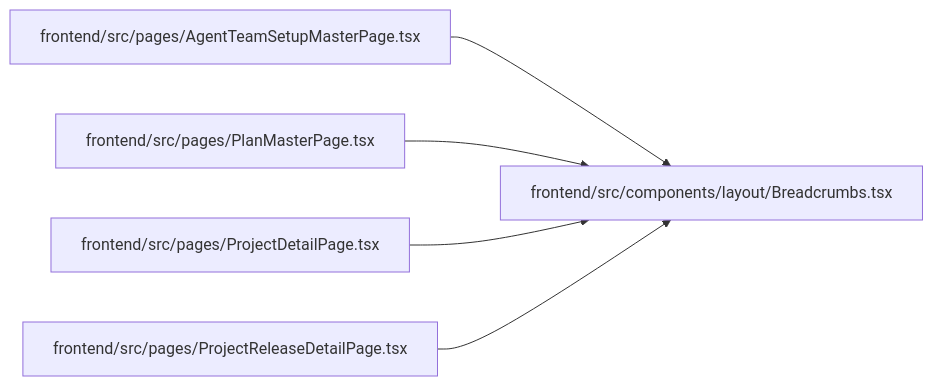
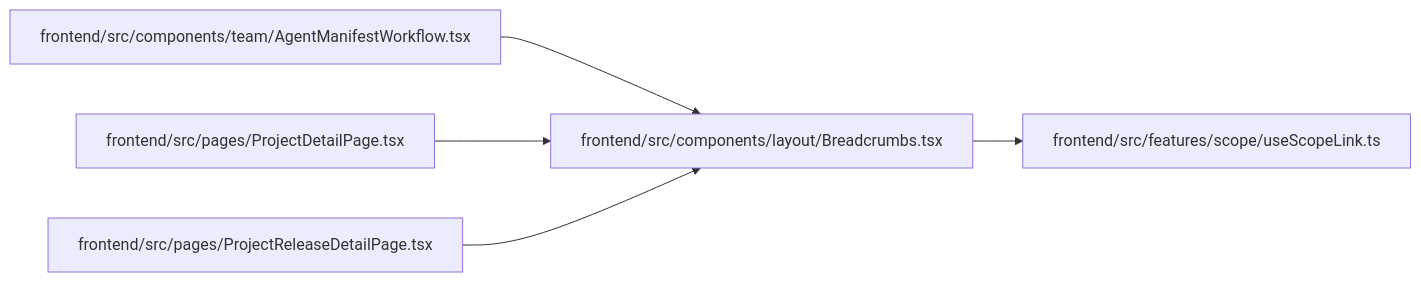
One commit to Denissvgn/WorkChord changed the diagram in docs/llm_wiki/modules/Breadcrumbs.md. Above: the diagram before and after it, drawn with Mermaid. The commit also changed other lines of this file and 2373 other files, not shown here.

````diff
--- a/docs/llm_wiki/modules/Breadcrumbs.md
+++ b/docs/llm_wiki/modules/Breadcrumbs.md
@@ -26,17 +27,17 @@
 ```mermaid
 flowchart LR
     n0["frontend/src/components/layout/Breadcrumbs.tsx"]
-    n1["frontend/src/pages/AgentTeamSetupMasterPage.tsx"]
-    n2["frontend/src/pages/PlanMasterPage.tsx"]
+    n1["frontend/src/components/team/AgentManifestWorkflow.tsx"]
+    n2["frontend/src/features/scope/useScopeLink.ts"]
     n3["frontend/src/pages/ProjectDetailPage.tsx"]
     n4["frontend/src/pages/ProjectReleaseDetailPage.tsx"]
+    n0 --> n2
     n1 --> n0
-    n2 --> n0
     n3 --> n0
     n4 --> n0
     click n0 "../modules/Breadcrumbs.md"
-    click n1 "../modules/AgentTeamSetupMasterPage.md"
-    click n2 "../modules/PlanMasterPage.md"
+    click n1 "../modules/AgentManifestWorkflow.md"
+    click n2 "../modules/useScopeLink.md"
     click n3 "../modules/ProjectDetailPage.md"
     click n4 "../modules/ProjectReleaseDetailPage.md"
 ```
````
